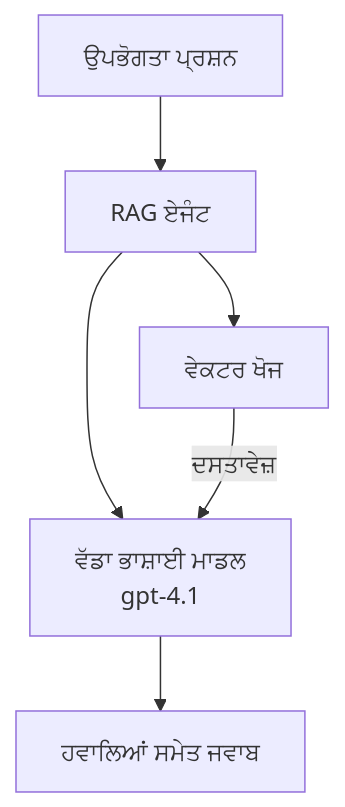
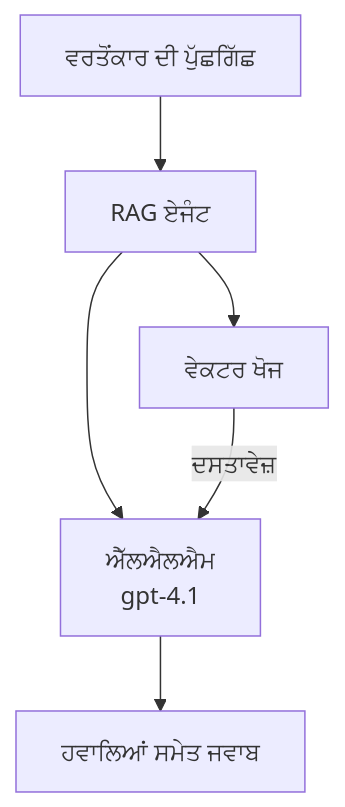
Before and after one commit to microsoft/AZD-for-beginners: the second of 3 diagrams in translations/pa/docs/chapter-02-ai-development/agents.md, drawn with Mermaid. The commit also changed other lines of this file and 101 other files, not shown here.

````diff
--- a/translations/pa/docs/chapter-02-ai-development/agents.md
+++ b/translations/pa/docs/chapter-02-ai-development/agents.md
@@ -170,8 +175,8 @@
 ```mermaid
 graph TD
-    Query[ਉਪਭੋਗਤਾ ਪ੍ਰਸ਼ਨ] --> RAG[RAG ਏਜੰਟ]
+    Query[ਵਰਤੋਂਕਾਰ ਦੀ ਪੁੱਛਗਿੱਛ] --> RAG[RAG ਏਜੰਟ]
     RAG --> Vector[ਵੇਕਟਰ ਖੋਜ]
-    RAG --> LLM[ਵੱਡਾ ਭਾਸ਼ਾਈ ਮਾਡਲ<br/>gpt-4.1]
+    RAG --> LLM[ਐੱਲਐਲਐਮ<br/>gpt-4.1]
     Vector -- ਦਸਤਾਵੇਜ਼ --> LLM
     LLM --> Response[ਹਵਾਲਿਆਂ ਸਮੇਤ ਜਵਾਬ]
 ```
````
